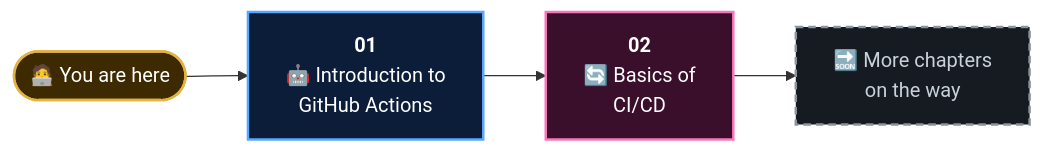
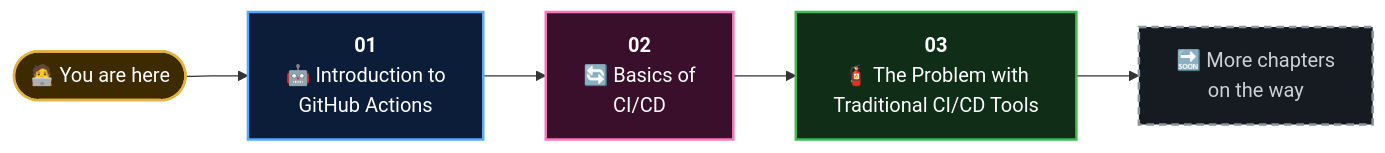
Before and after one commit to bhagatabhijeet/github-actions-knowledge-bundle: the diagram in README.md, drawn with Mermaid. The commit also changed other lines of this file and 10 other files, not shown here.

First line of the commit message:
Add Chapter 3: The Problem with Traditional CI/CD Tools

````diff
--- a/README.md
+++ b/README.md
@@ -50,12 +50,14 @@
 ```mermaid
 flowchart LR
     S([🧑‍💻 You are here]):::start --> C1
     C1["<b>01</b><br/>🤖 Introduction to<br/>GitHub Actions"]:::blue --> C2
     C2["<b>02</b><br/>🔄 Basics of<br/>CI/CD"]:::pink --> C3
-    C3["🔜 More chapters<br/>on the way"]:::soon
+    C3["<b>03</b><br/>🧯 The Problem with<br/>Traditional CI/CD Tools"]:::green --> C4
+    C4["🔜 More chapters<br/>on the way"]:::soon
 
     classDef start fill:#3d2a00,stroke:#e3b341,color:#fff,stroke-width:2px
     classDef blue fill:#0c1d3a,stroke:#58a6ff,color:#fff,stroke-width:2px
     classDef pink fill:#3a0f2b,stroke:#f778ba,color:#fff,stroke-width:2px
+    classDef green fill:#0f2d17,stroke:#3fb950,color:#fff,stroke-width:2px
     classDef soon fill:#161b22,stroke:#8b949e,color:#c9d1d9,stroke-width:2px,stroke-dasharray: 6 4
 ```
````
